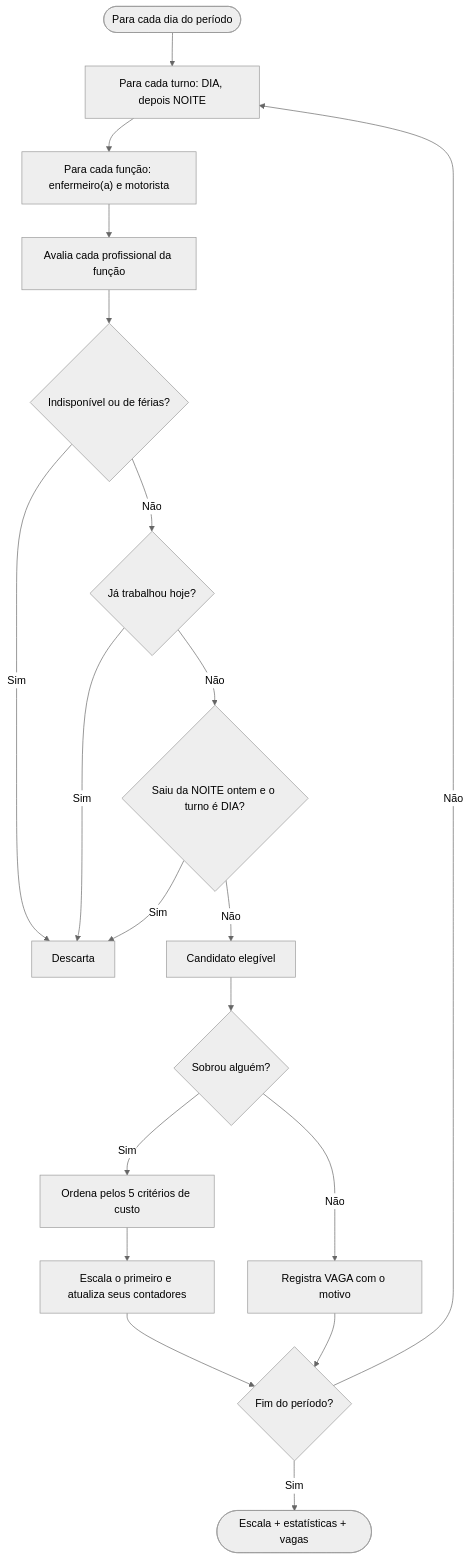
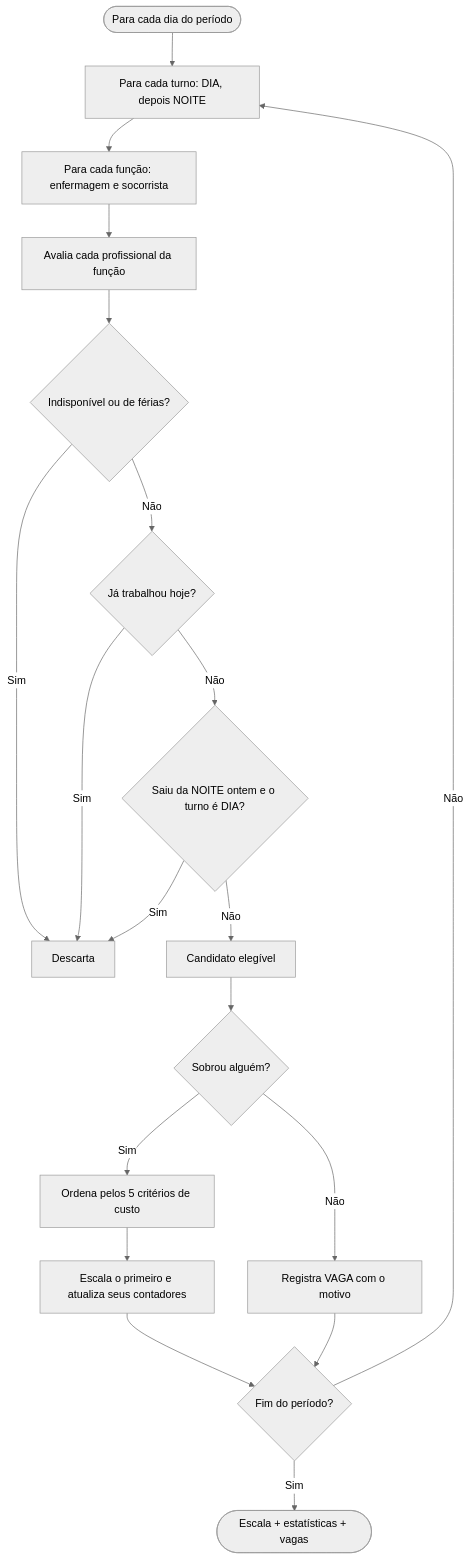
One commit to CarlosAlvesSantosJr/escalas-de-plantao changed the second of 3 diagrams in docs/PORTFOLIO.md. Above: the diagram before and after it, drawn with Mermaid (neutral theme). The commit also changed other lines of this file and 37 other files, not shown here.

````diff
--- a/docs/PORTFOLIO.md
+++ b/docs/PORTFOLIO.md
@@ -93,21 +93,21 @@
 ```mermaid
 flowchart TD
     S([Para cada dia do período]) --> T["Para cada turno: DIA, depois NOITE"]
-    T --> C["Para cada função: enfermeiro(a) e motorista"]
+    T --> C["Para cada função: enfermagem e socorrista"]
     C --> P["Avalia cada profissional da função"]
     P --> R1{"Indisponível ou de férias?"}
     R1 -- Sim --> X["Descarta"]
     R1 -- Não --> R2{"Já trabalhou hoje?"}
     R2 -- Sim --> X
     R2 -- Não --> R3{"Saiu da NOITE ontem e o turno é DIA?"}
     R3 -- Sim --> X
     R3 -- Não --> OK["Candidato elegível"]
     OK --> E{"Sobrou alguém?"}
     E -- Não --> V["Registra VAGA com o motivo"]
     E -- Sim --> O["Ordena pelos 5 critérios de custo"]
     O --> A["Escala o primeiro e atualiza seus contadores"]
     A --> N{"Fim do período?"}
     V --> N
     N -- Não --> T
     N -- Sim --> Z([Escala + estatísticas + vagas])
 ```
````
